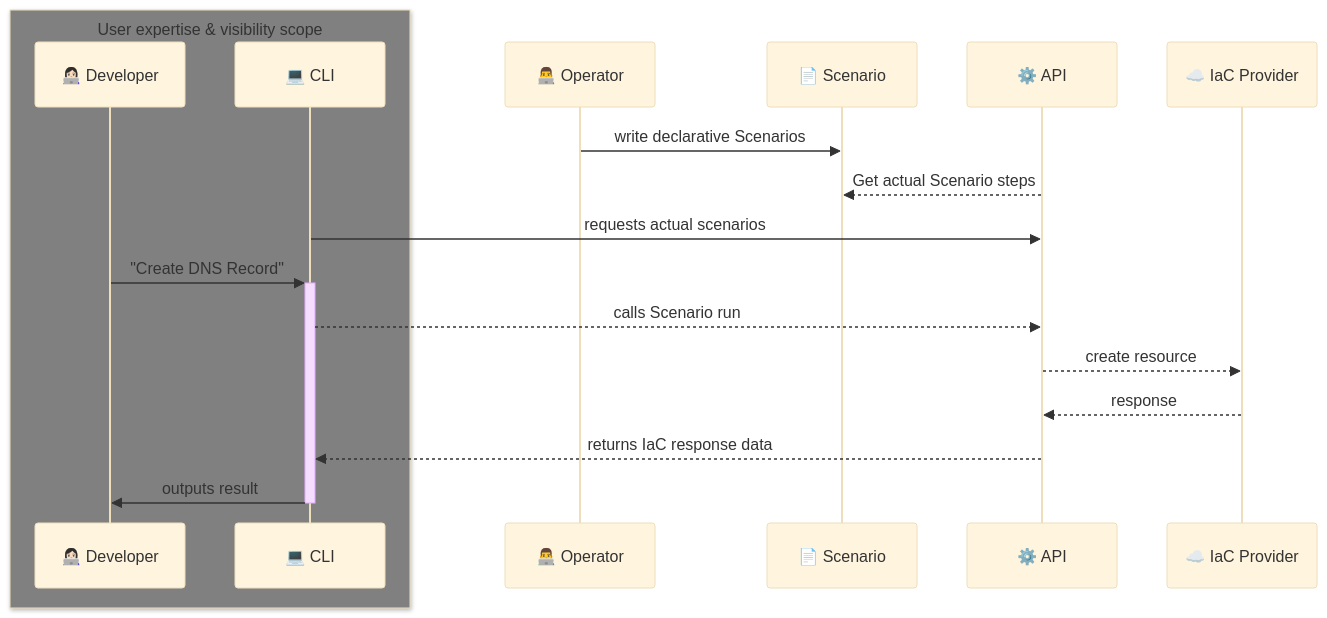
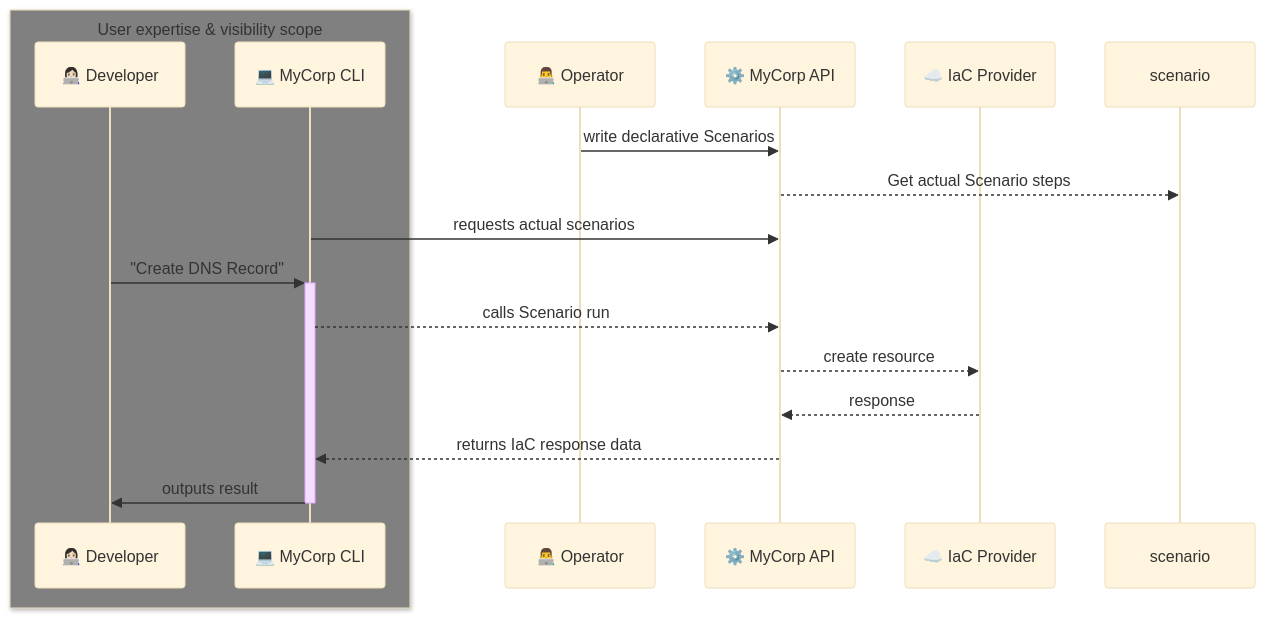
One commit to agrrh/mycorp changed the diagram in README.md. Above: the diagram before and after it, drawn with Mermaid (base theme).

Commit message:
docs: bump readme scheme

````diff
--- a/README.md
+++ b/README.md
@@ -23,30 +23,28 @@
 ```mermaid
 sequenceDiagram
     box gray User expertise & visibility scope
         participant developer
         participant cli
     end
 
     participant developer as 👩🏻‍💻 Developer
     participant operator as 👨‍💻 Operator
 
-    participant scenario as 📄 Scenario
-    
-    participant cli as 💻 CLI
-    participant api as ⚙️ API
+    participant cli as 💻 MyCorp CLI
+    participant api as ⚙️ MyCorp API
 
     participant iac as ☁️ IaC Provider
 
     %% Flow
 
-    operator ->> scenario: write declarative Scenarios
+    operator ->> api: write declarative Scenarios
     api -->> scenario: Get actual Scenario steps
 
     cli ->> api: requests actual scenarios
     developer ->>+ cli: "Create DNS Record"
     cli -->> api: calls Scenario run
     api -->> iac: create resource
     iac -->> api: response
     api -->> cli: returns IaC response data
     cli ->>- developer: outputs result
 ```
````
